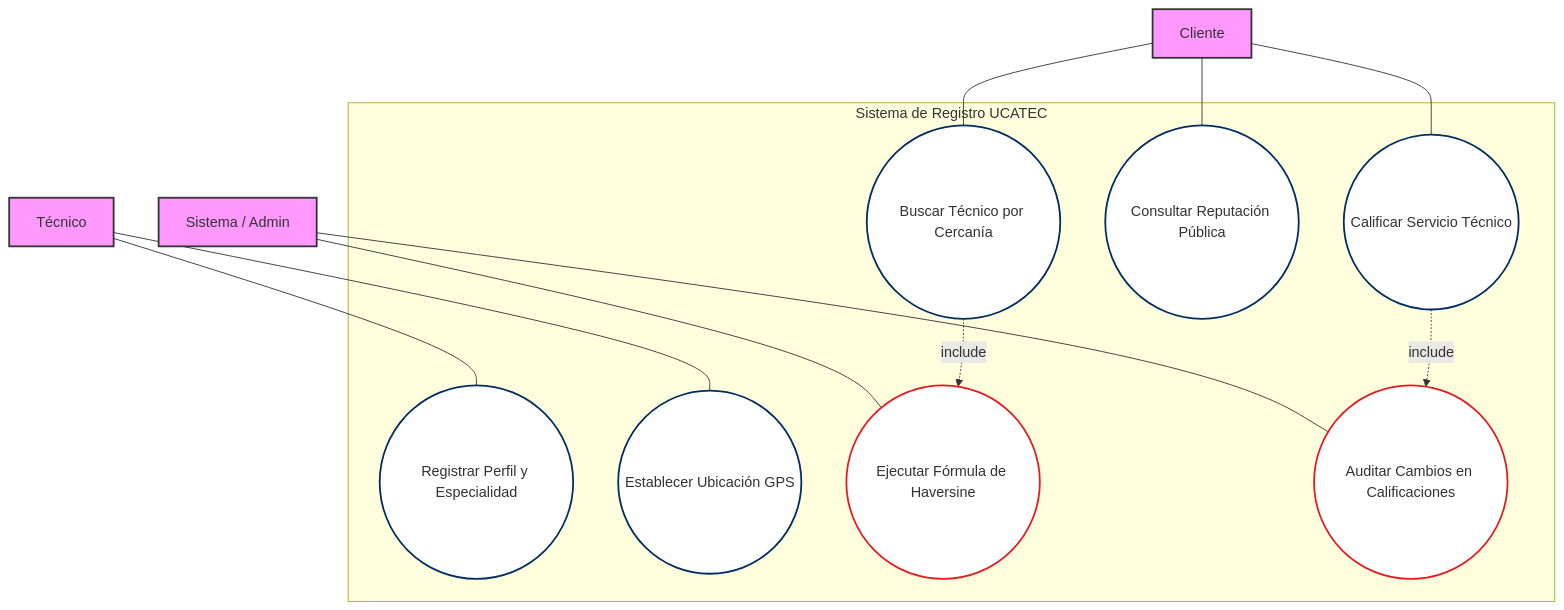
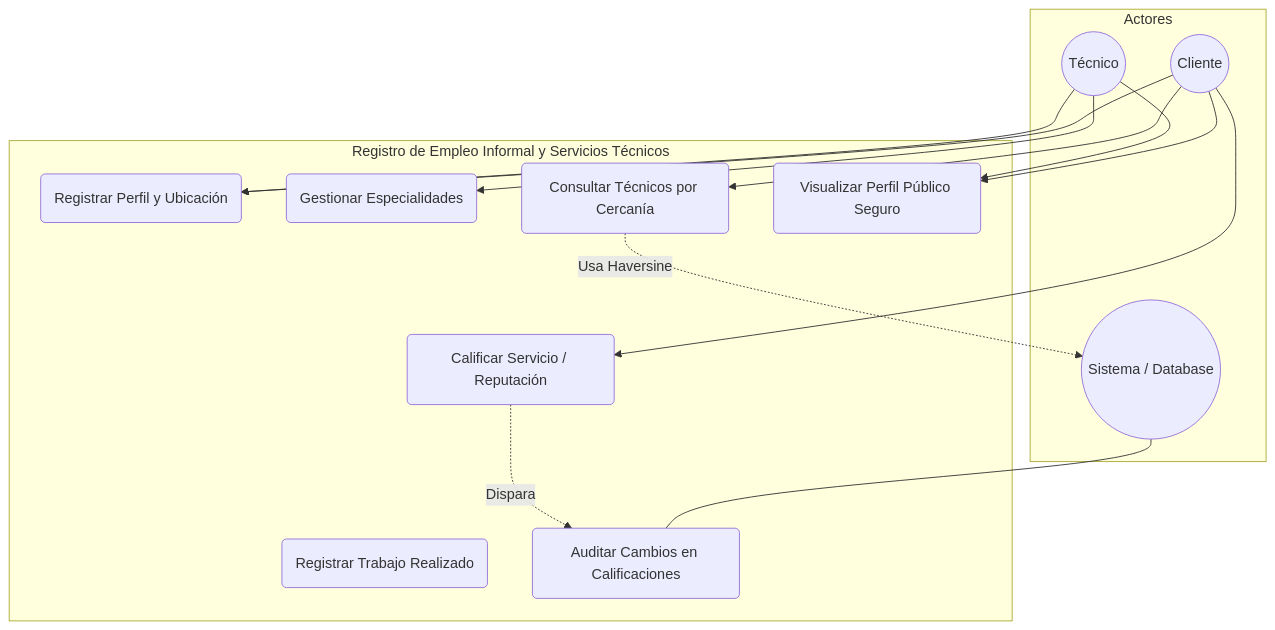
The diagram in README.md (Lucio654/BuscaMinas), drawn with Mermaid before and after one commit.

Commit message:
Update system actors and use cases in README

````diff
--- a/README.md
+++ b/README.md
@@ -1,48 +1,38 @@
 ```mermaid
 
 graph TD
-    %% Actores
-    T[Técnico]
-    C[Cliente]
-    S[Sistema / Admin]
-
-    %% Estilos de los Actores
-    style T fill:#f9f,stroke:#333,stroke-width:2px
-    style C fill:#f9f,stroke:#333,stroke-width:2px
-    style S fill:#f9f,stroke:#333,stroke-width:2px
-
-    subgraph "Sistema de Registro UCATEC"
-        UC1((Registrar Perfil y Especialidad))
-        UC2((Establecer Ubicación GPS))
-        UC3((Buscar Técnico por Cercanía))
-        UC4((Consultar Reputación Pública))
-        UC5((Calificar Servicio Técnico))
-        UC6((Ejecutar Fórmula de Haversine))
-        UC7((Auditar Cambios en Calificaciones))
+    %% Definición de Actores
+    subgraph Actores
+        T((Técnico))
+        C((Cliente))
+        S((Sistema / Database))
     end
 
-    %% Conexiones
-    T --- UC1
-    T --- UC2
-    
-    C --- UC3
-    C --- UC4
-    C --- UC5
+    %% Límites del Sistema
+    subgraph "Registro de Empleo Informal y Servicios Técnicos"
+        UC1(Registrar Perfil y Ubicación)
+        UC2(Gestionar Especialidades)
+        UC3(Consultar Técnicos por Cercanía)
+        UC4(Visualizar Perfil Público Seguro)
+        UC5(Registrar Trabajo Realizado)
+        UC6(Calificar Servicio / Reputación)
+        UC7(Auditar Cambios en Calificaciones)
+    end
 
-    S --- UC6
+    %% Relaciones del Técnico
+    T --> UC1
+    T --> UC2
+    T --> UC4
+
+    %% Relaciones del Cliente
+    C --> UC1
+    C --> UC3
+    C --> UC4
+    C --> UC6
+
+    %% Relaciones del Sistema (Lógica Interna)
+    UC3 -.->|Usa Haversine| S
+    UC6 -.->|Dispara| UC7
     S --- UC7
 
-    %% Relaciones lógicas
-    UC3 -.->|include| UC6
-    UC5 -.->|include| UC7
-
-    %% Estilos de los Casos de Uso (Óvalos)
-    style UC1 fill:#fff,stroke:#002D62,stroke-width:2px
-    style UC2 fill:#fff,stroke:#002D62,stroke-width:2px
-    style UC3 fill:#fff,stroke:#002D62,stroke-width:2px
-    style UC4 fill:#fff,stroke:#002D62,stroke-width:2px
-    style UC5 fill:#fff,stroke:#002D62,stroke-width:2px
-    style UC6 fill:#fff,stroke:#E31B23,stroke-width:2px
-    style UC7 fill:#fff,stroke:#E31B23,stroke-width:2px
-
 ```
````
